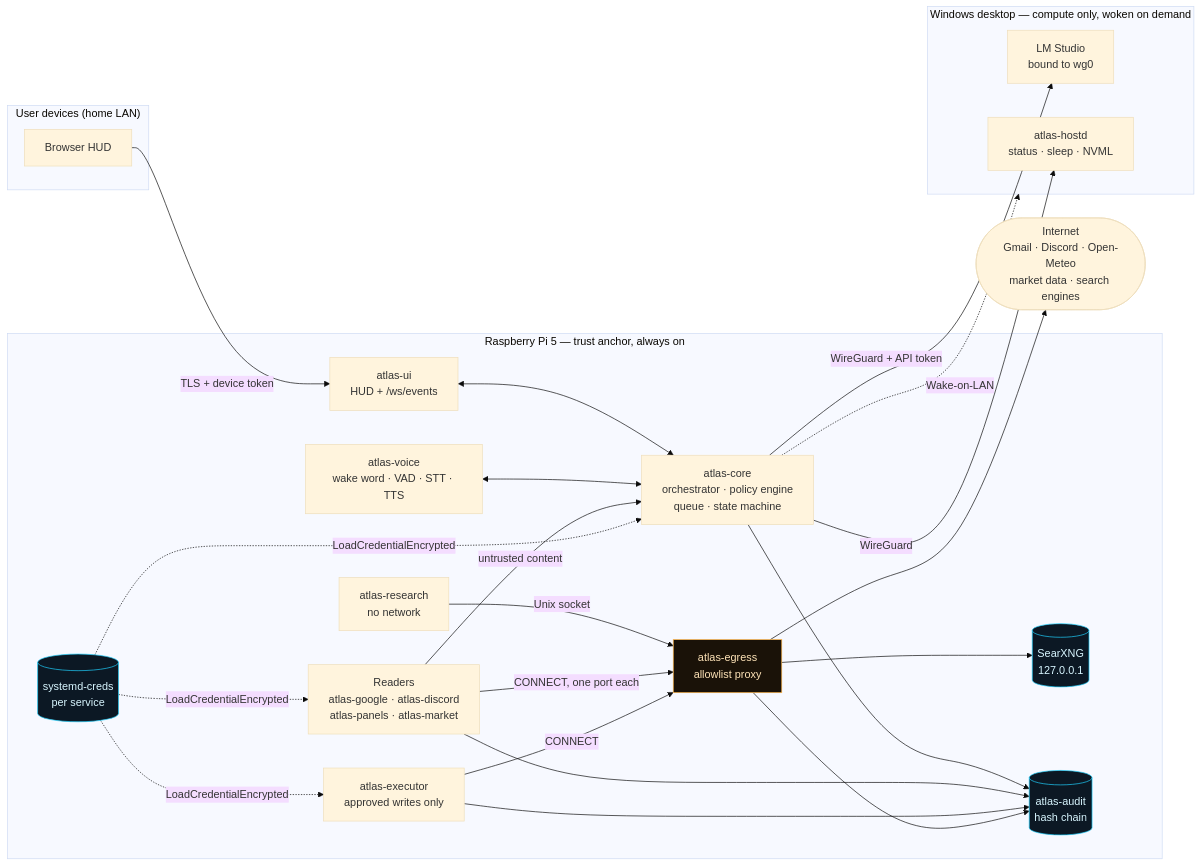
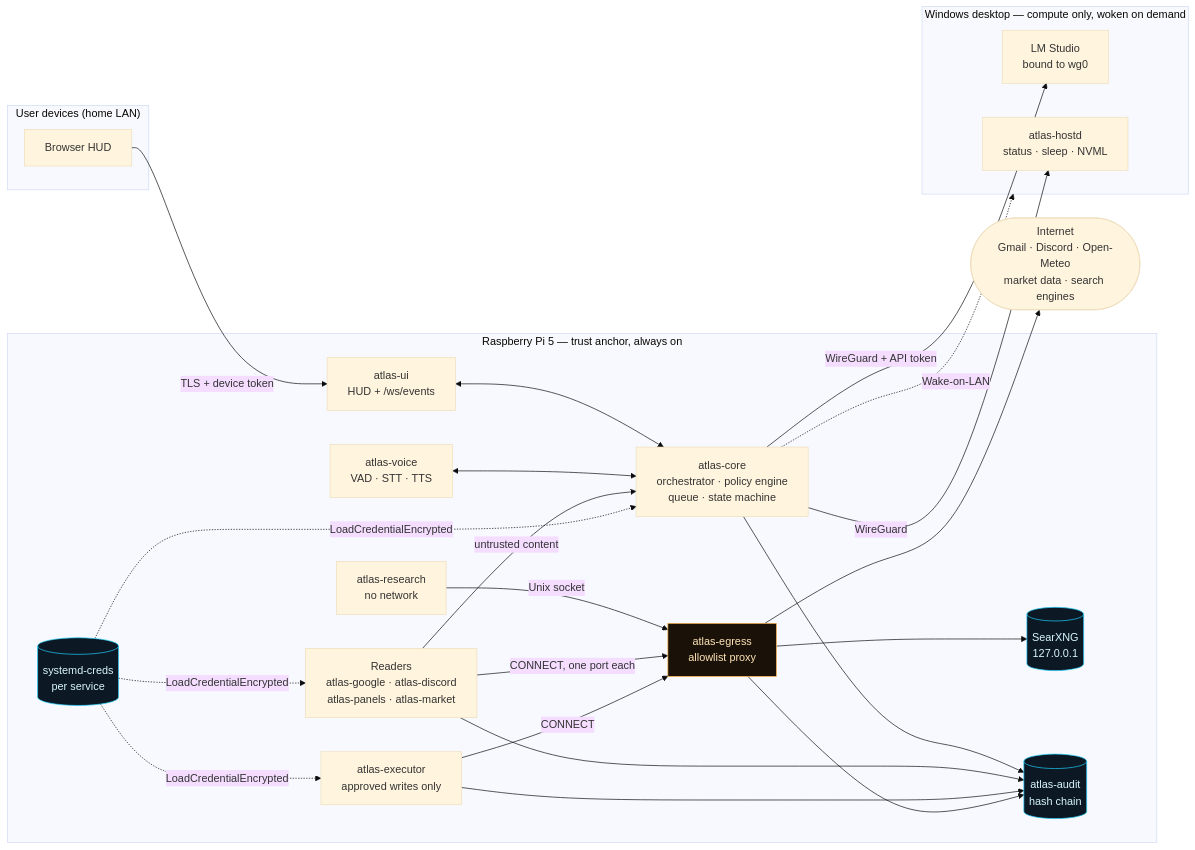
One commit to jlthompson96/ATLAS changed the first of 3 diagrams in README.md. Above: the diagram before and after it, drawn with Mermaid (base theme). The commit also changed other lines of this file and 2 other files, not shown here.

Commit message:
docs: ADR 0003, voice through the client device's microphone (tap-to-talk)

````diff
--- a/README.md
+++ b/README.md
@@ -83,46 +83,46 @@
 ```mermaid
 flowchart LR
   subgraph user["User devices (home LAN)"]
     browser["Browser HUD"]
   end
 
   subgraph pi["Raspberry Pi 5 — trust anchor, always on"]
-    voice["atlas-voice<br/>wake word · VAD · STT · TTS"]
+    voice["atlas-voice<br/>VAD · STT · TTS"]
     core["atlas-core<br/>orchestrator · policy engine<br/>queue · state machine"]
     ui["atlas-ui<br/>HUD + /ws/events"]
     readers["Readers<br/>atlas-google · atlas-discord<br/>atlas-panels · atlas-market"]
     research["atlas-research<br/>no network"]
     exec["atlas-executor<br/>approved writes only"]
     egress["atlas-egress<br/>allowlist proxy"]
     searx[("SearXNG<br/>127.0.0.1")]
     audit[("atlas-audit<br/>hash chain")]
     creds[("systemd-creds<br/>per service")]
   end
 
   subgraph desk["Windows desktop — compute only, woken on demand"]
     lms["LM Studio<br/>bound to wg0"]
     hostd["atlas-hostd<br/>status · sleep · NVML"]
   end
 
   internet(["Internet<br/>Gmail · Discord · Open-Meteo<br/>market data · search engines"])
 
   browser -- "TLS + device token" --> ui
   ui <--> core
   voice <--> core
   core -- "WireGuard + API token" --> lms
   core -- "WireGuard" --> hostd
   core -. "Wake-on-LAN" .-> desk
   readers -- "untrusted content" --> core
   research -- "Unix socket" --> egress
   readers -- "CONNECT, one port each" --> egress
   exec -- "CONNECT" --> egress
   egress --> searx
   egress --> internet
   core & readers & exec & egress --> audit
   creds -. "LoadCredentialEncrypted" .-> core & readers & exec
 
   classDef store fill:#0c1824,stroke:#1fd1ff,color:#d8f6ff
   classDef gate fill:#1a1208,stroke:#ffb547,color:#ffe4b8
   class searx,audit,creds store
   class egress gate
 ```
````
